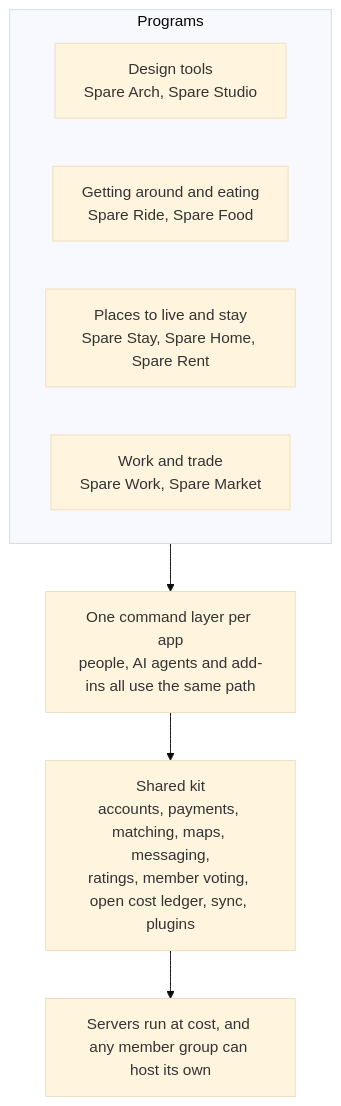
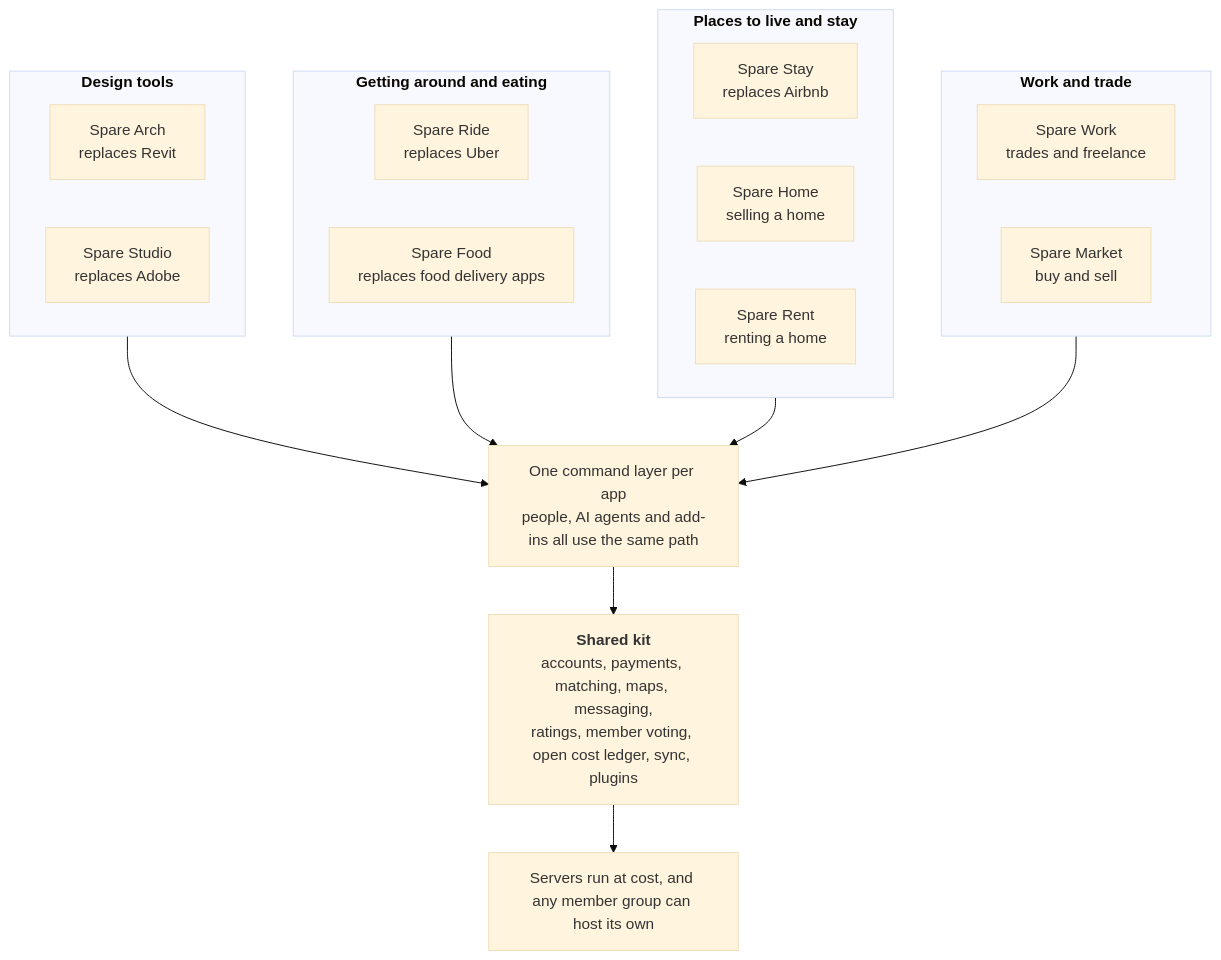
The diagram in profile/README.md (spareware-co-op/.github), drawn with Mermaid (base theme) before and after one commit.

Commit message:
Home page: programs grouped under clear headings

````diff
--- a/profile/README.md
+++ b/profile/README.md
@@ -11,14 +11,34 @@
 ```mermaid
 flowchart TB
-  subgraph PROGRAMS["Programs"]
+  subgraph DESIGN["`**Design tools**`"]
     direction LR
-    DESIGN["Design tools<br/>Spare Arch, Spare Studio"]
-    MOVE["Getting around and eating<br/>Spare Ride, Spare Food"]
-    LIVE["Places to live and stay<br/>Spare Stay, Spare Home, Spare Rent"]
-    WORKS["Work and trade<br/>Spare Work, Spare Market"]
+    ARCH["Spare Arch<br/>replaces Revit"]
+    STUDIO["Spare Studio<br/>replaces Adobe"]
+  end
+  subgraph MOVE["`**Getting around and eating**`"]
+    direction LR
+    RIDE["Spare Ride<br/>replaces Uber"]
+    FOOD["Spare Food<br/>replaces food delivery apps"]
+  end
+  subgraph LIVE["`**Places to live and stay**`"]
+    direction LR
+    STAY["Spare Stay<br/>replaces Airbnb"]
+    HOME["Spare Home<br/>selling a home"]
+    RENT["Spare Rent<br/>renting a home"]
+  end
+  subgraph TRADE["`**Work and trade**`"]
+    direction LR
+    WORK["Spare Work<br/>trades and freelance"]
+    MARKET["Spare Market<br/>buy and sell"]
   end
   CMD["One command layer per app<br/>people, AI agents and add-ins all use the same path"]
-  KIT["Shared kit<br/>accounts, payments, matching, maps, messaging,<br/>ratings, member voting, open cost ledger, sync, plugins"]
+  KIT["`**Shared kit**
+  accounts, payments, matching, maps, messaging,
+  ratings, member voting, open cost ledger, sync, plugins`"]
   RUN["Servers run at cost, and any member group can host its own"]
-  PROGRAMS --> CMD --> KIT --> RUN
+  DESIGN --> CMD
+  MOVE --> CMD
+  LIVE --> CMD
+  TRADE --> CMD
+  CMD --> KIT --> RUN
 ```
````
